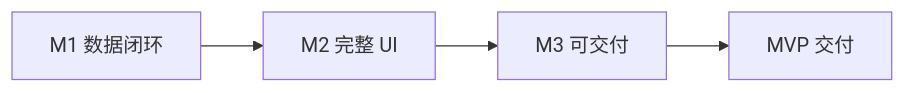
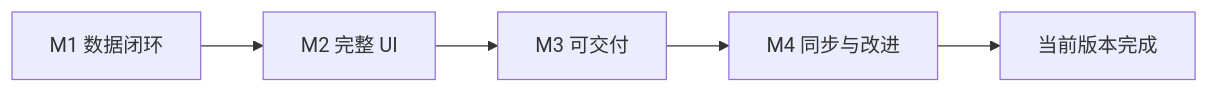
One commit to nickdu2009/projex changed the first of 2 diagrams in docs/MILESTONES.md. Above: the diagram before and after it, drawn with Mermaid. The commit also changed other lines of this file and 2 other files, not shown here.

````diff
--- a/docs/MILESTONES.md
+++ b/docs/MILESTONES.md
@@ -9,6 +9,7 @@
 ```mermaid
 flowchart LR
   M1[M1 数据闭环] --> M2[M2 完整 UI]
   M2 --> M3[M3 可交付]
-  M3 --> DONE[MVP 交付]
+  M3 --> M4[M4 同步与改进]
+  M4 --> DONE[当前版本完成]
 ```
````
